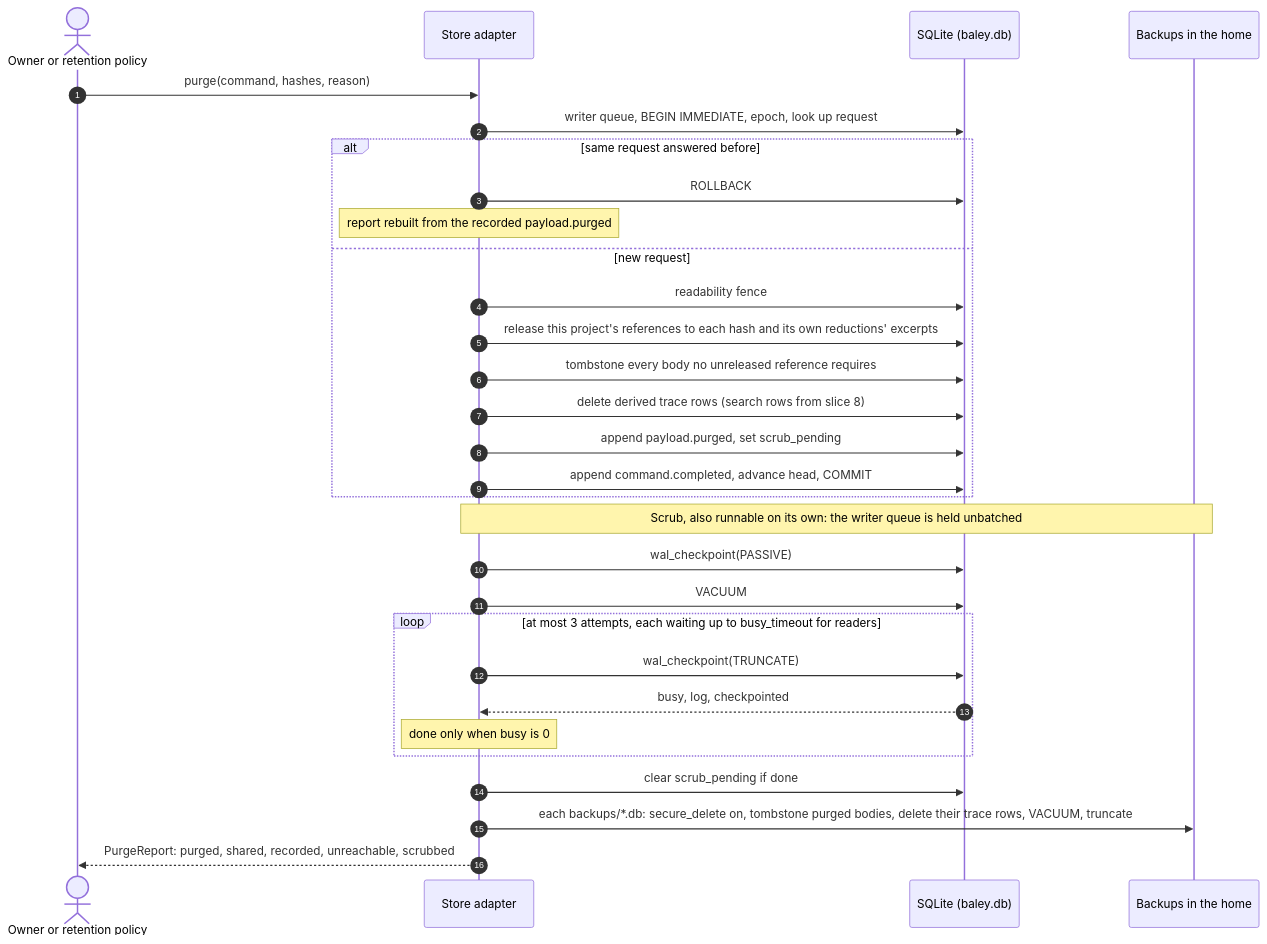
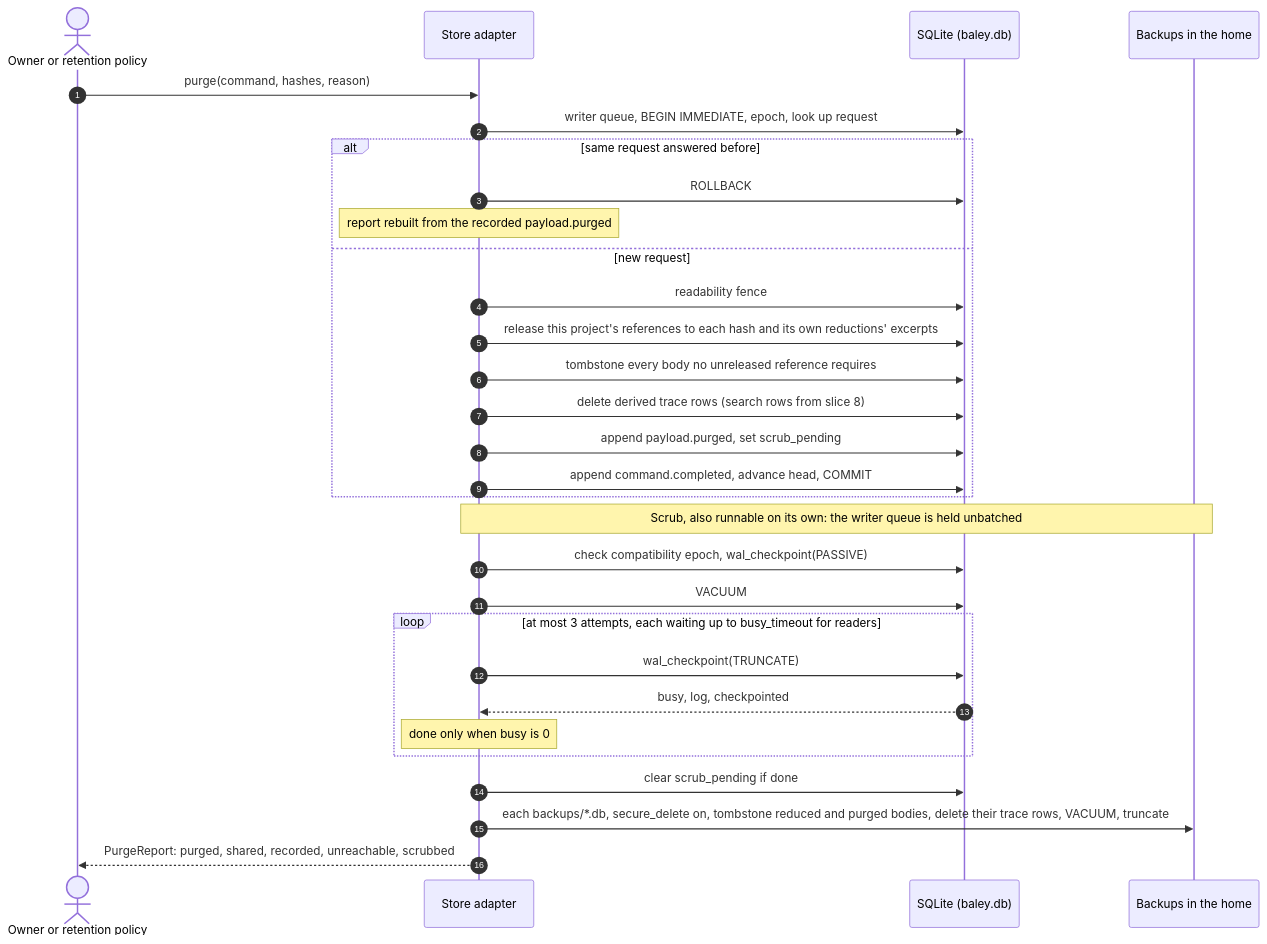
Before and after one commit to crenshawdev/baley: the eighth of 11 diagrams in docs/design/0001-evidence-ledger.md, drawn with Mermaid. The commit also changed other lines of this file and 3 other files, not shown here.

````diff
--- a/docs/design/0001-evidence-ledger.md
+++ b/docs/design/0001-evidence-ledger.md
@@ -550,32 +552,32 @@
 ```mermaid
 sequenceDiagram
   autonumber
   actor O as Owner or retention policy
   participant L as Store adapter
   participant Q as SQLite (baley.db)
   participant B as Backups in the home
   O->>L: purge(command, hashes, reason)
   L->>Q: writer queue, BEGIN IMMEDIATE, epoch, look up request
   alt same request answered before
     L->>Q: ROLLBACK
     Note over L: report rebuilt from the recorded payload.purged
   else new request
     L->>Q: readability fence
     L->>Q: release this project's references to each hash and its own reductions' excerpts
     L->>Q: tombstone every body no unreleased reference requires
     L->>Q: delete derived trace rows (search rows from slice 8)
     L->>Q: append payload.purged, set scrub_pending
     L->>Q: append command.completed, advance head, COMMIT
   end
   Note over L,B: Scrub, also runnable on its own: the writer queue is held unbatched
-  L->>Q: wal_checkpoint(PASSIVE)
+  L->>Q: check compatibility epoch, wal_checkpoint(PASSIVE)
   L->>Q: VACUUM
   loop at most 3 attempts, each waiting up to busy_timeout for readers
     L->>Q: wal_checkpoint(TRUNCATE)
     Q-->>L: busy, log, checkpointed
     Note over L: done only when busy is 0
   end
   L->>Q: clear scrub_pending if done
-  L->>B: each backups/*.db: secure_delete on, tombstone purged bodies, delete their trace rows, VACUUM, truncate
+  L->>B: each backups/*.db, secure_delete on, tombstone reduced and purged bodies, delete their trace rows, VACUUM, truncate
   L-->>O: PurgeReport: purged, shared, recorded, unreachable, scrubbed
 ```
````
